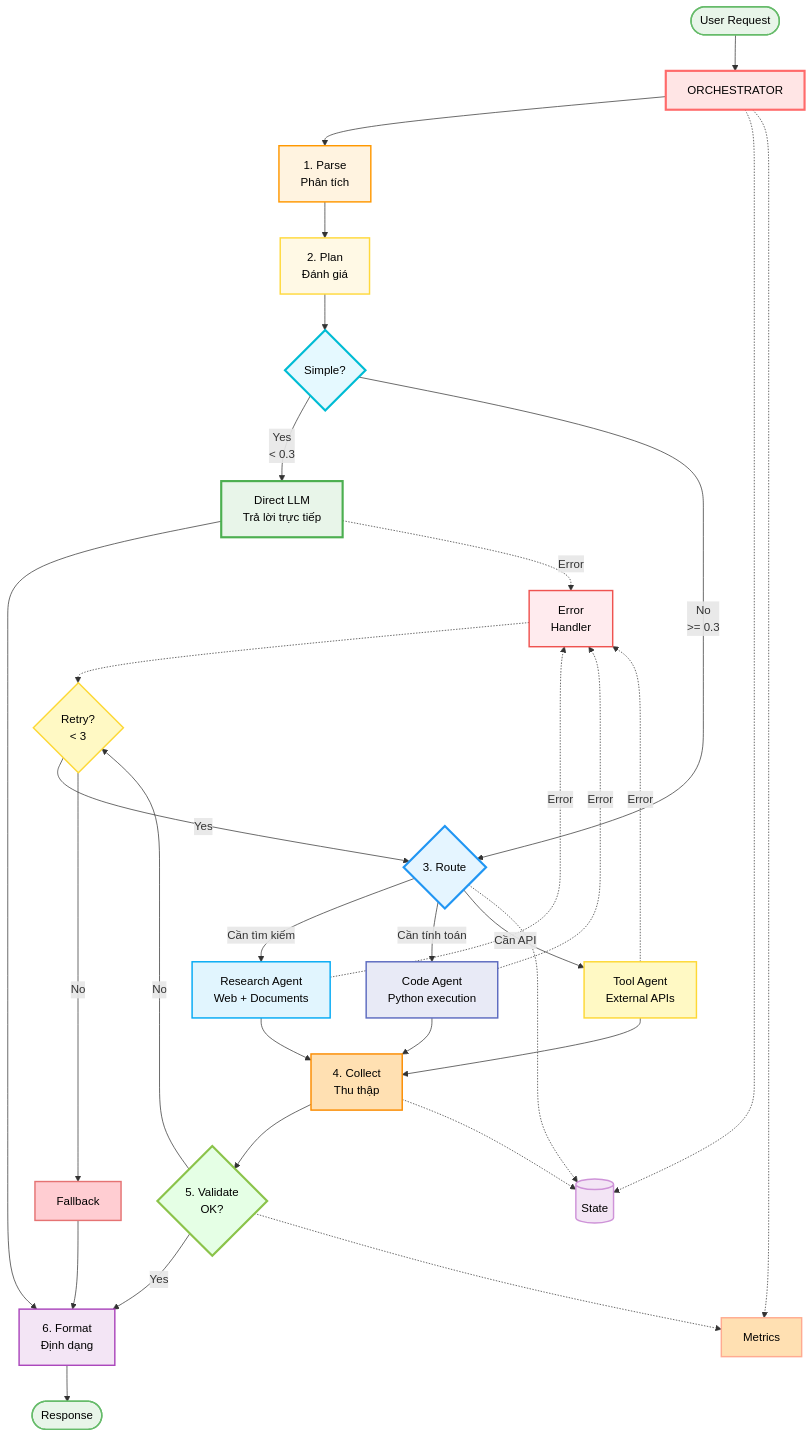
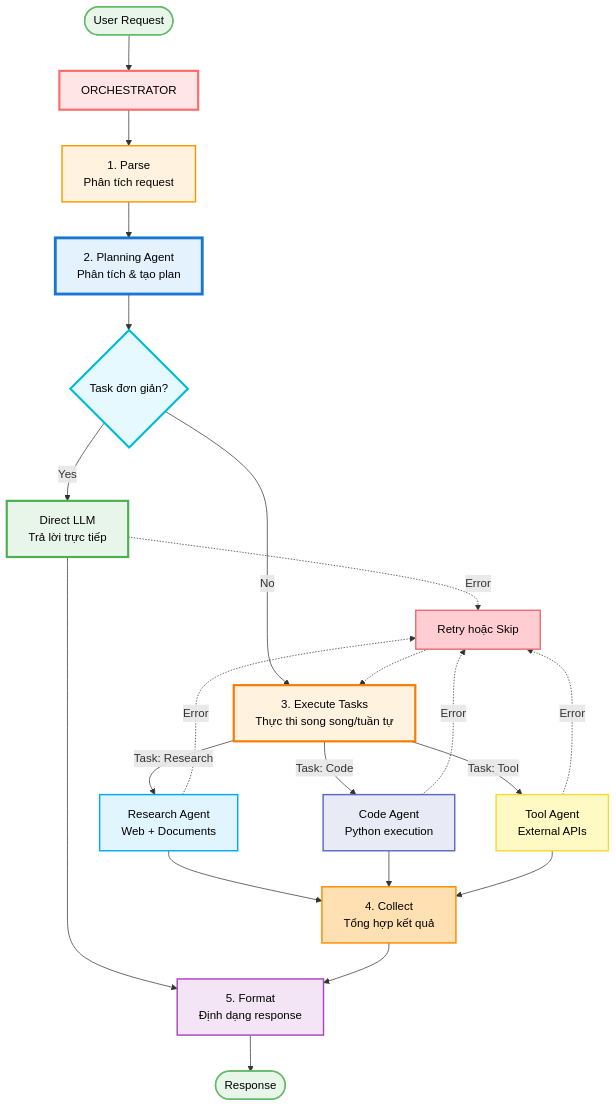
Before and after one commit to DTin01603/AI_project: the diagram in flowchart TD.mmd, drawn with Mermaid.

Commit message:
Tin_init

```diff
--- a/flowchart TD.mmd
+++ b/flowchart TD.mmd
@@ -1,78 +1,50 @@
 flowchart TD
     Start([User Request]) --> Orchestrator[ORCHESTRATOR]
-
     
-    Orchestrator --> Parse[1. Parse<br/>Phân tích]
+    Orchestrator --> Parse[1. Parse<br/>Phân tích request]
     
-    Parse --> Plan[2. Plan<br/>Đánh giá]
+    Parse --> PlanningAgent[2. Planning Agent<br/>Phân tích & tạo plan]
     
-    Plan --> Classify{Simple?}
+    PlanningAgent --> Decision{Task đơn giản?}
     
-    %% Simple path
-    Classify -->|Yes<br/>< 0.3| DirectLLM[Direct LLM<br/>Trả lời trực tiếp]
+    %% Simple path - Direct LLM
+    Decision -->|Yes| DirectLLM[Direct LLM<br/>Trả lời trực tiếp]
     DirectLLM --> Format
     
-    %% Complex path
-    Classify -->|No<br/>>= 0.3| Route{3. Route}
+    %% Complex path - Multi-agent
+    Decision -->|No| Execute[3. Execute Tasks<br/>Thực thi song song/tuần tự]
     
-    Route -->|Cần tìm kiếm| Research[Research Agent<br/>Web + Documents]
-    Route -->|Cần tính toán| Code[Code Agent<br/>Python execution]
-    Route -->|Cần API| Tool[Tool Agent<br/>External APIs]
+    Execute -->|Task: Research| Research[Research Agent<br/>Web + Documents]
+    Execute -->|Task: Code| Code[Code Agent<br/>Python execution]
+    Execute -->|Task: Tool| Tool[Tool Agent<br/>External APIs]
     
-    Research --> Collect[4. Collect<br/>Thu thập]
+    Research --> Collect[4. Collect<br/>Tổng hợp kết quả]
     Code --> Collect
     Tool --> Collect
     
-    Collect --> Validate{5. Validate<br/>OK?}
-    
-    Validate -->|Yes| Format[6. Format<br/>Định dạng]
-    Validate -->|No| Retry{Retry?<br/>< 3}
-    
-    Retry -->|Yes| Route
-    Retry -->|No| Fallback[Fallback]
-    Fallback --> Format
+    Collect --> Format[5. Format<br/>Định dạng response]
     
     Format --> Response([Response])
     
     %% Error handling
-    Research -.->|Error| ErrorHandler[Error<br/>Handler]
-    Code -.->|Error| ErrorHandler
-    Tool -.->|Error| ErrorHandler
-    DirectLLM -.->|Error| ErrorHandler
-    ErrorHandler -.-> Retry
+    Research -.->|Error| Retry[Retry hoặc Skip]
+    Code -.->|Error| Retry
+    Tool -.->|Error| Retry
+    DirectLLM -.->|Error| Retry
+    Retry -.-> Execute
     
-    %% Monitoring
-    State[(State)]
-    Metrics[Metrics]
-    
-    Orchestrator -.-> State
-    Route -.-> State
-    Collect -.-> State
-    
-    Orchestrator -.-> Metrics
-    Validate -.-> Metrics
-    
+    %% Styling
     style Orchestrator fill:#FFE5E5,stroke:#FF6B6B,stroke-width:3px,color:#000
-    style Classify fill:#E5F9FF,stroke:#00BCD4,stroke-width:3px,color:#000
+    style PlanningAgent fill:#E3F2FD,stroke:#1976D2,stroke-width:4px,color:#000
+    style Decision fill:#E5F9FF,stroke:#00BCD4,stroke-width:3px,color:#000
     style DirectLLM fill:#E8F5E9,stroke:#4CAF50,stroke-width:3px,color:#000
-    style Route fill:#E5F5FF,stroke:#2196F3,stroke-width:3px,color:#000
-    style Validate fill:#E5FFE5,stroke:#8BC34A,stroke-width:3px,color:#000
-    
+    style Execute fill:#FFF3E0,stroke:#F57C00,stroke-width:3px,color:#000
     style Research fill:#E1F5FE,stroke:#03A9F4,stroke-width:2px,color:#000
     style Code fill:#E8EAF6,stroke:#5C6BC0,stroke-width:2px,color:#000
     style Tool fill:#FFF9C4,stroke:#FDD835,stroke-width:2px,color:#000
-    
     style Parse fill:#FFF3E0,stroke:#FF9800,stroke-width:2px,color:#000
-    style Plan fill:#FFF9E5,stroke:#FFD93D,stroke-width:2px,color:#000
     style Format fill:#F3E5F5,stroke:#AB47BC,stroke-width:2px,color:#000
     style Collect fill:#FFE0B2,stroke:#FB8C00,stroke-width:2px,color:#000
-    
-    style ErrorHandler fill:#FFEBEE,stroke:#EF5350,stroke-width:2px,color:#000
-    style Retry fill:#FFF9C4,stroke:#FDD835,stroke-width:2px,color:#000
-    style Fallback fill:#FFCDD2,stroke:#E57373,stroke-width:2px,color:#000
-    
-    style State fill:#F3E5F5,stroke:#CE93D8,stroke-width:2px,color:#000
-    style Metrics fill:#FFE0B2,stroke:#FFAB91,stroke-width:2px,color:#000
-    
+    style Retry fill:#FFCDD2,stroke:#E57373,stroke-width:2px,color:#000
     style Start fill:#E8F5E9,stroke:#66BB6A,stroke-width:2px,color:#000
     style Response fill:#E8F5E9,stroke:#66BB6A,stroke-width:2px,color:#000
```
